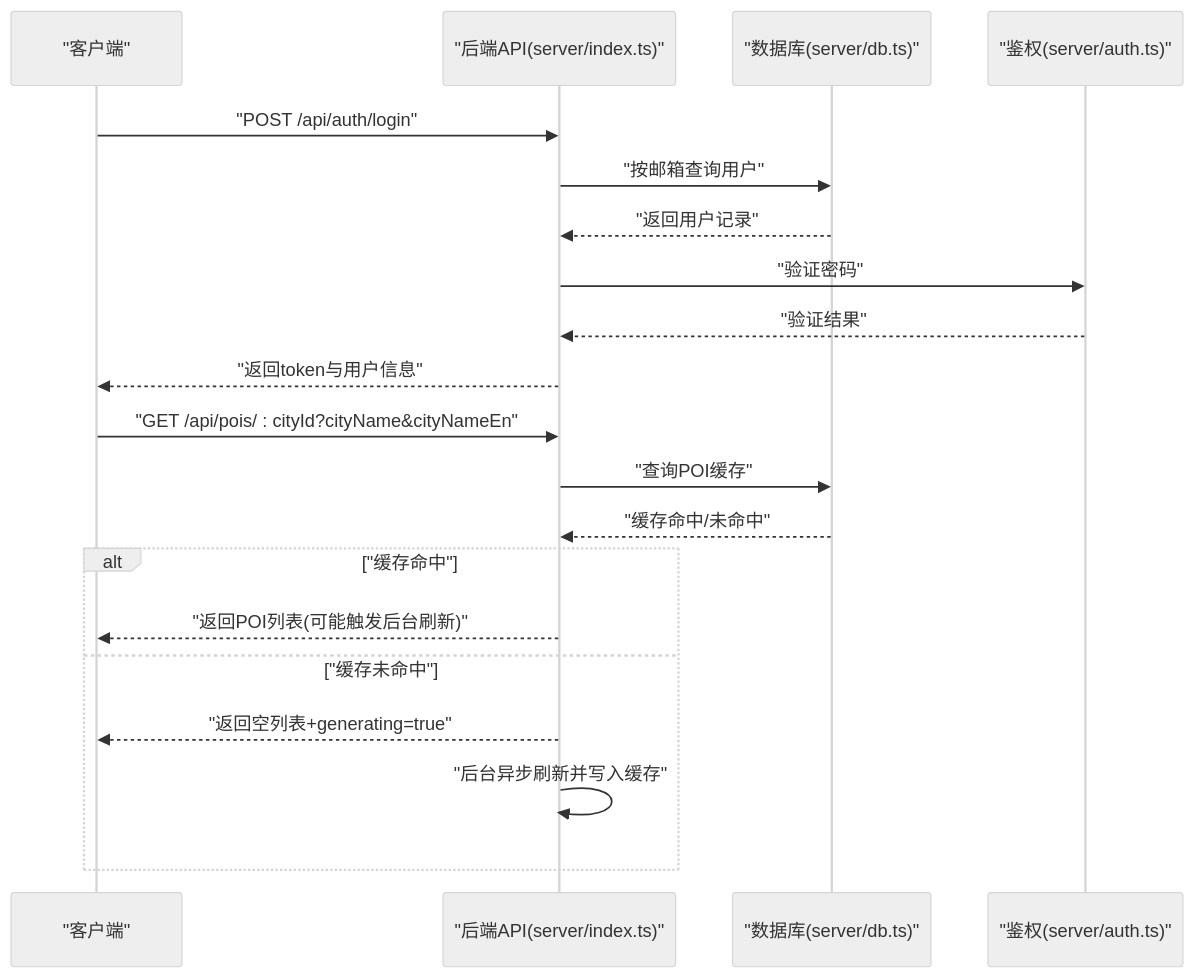
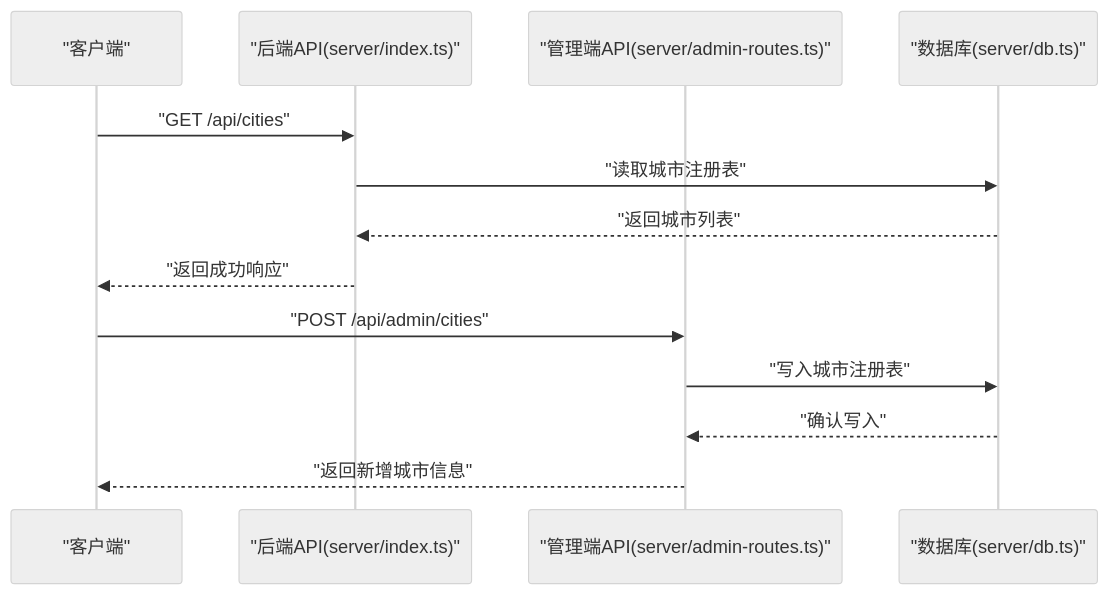
The second of 3 diagrams in .qoder/repowiki/zh/content/API参考文档/客户端API.md (ititjjy/AITrip-plan), drawn with Mermaid (neutral theme) before and after one commit. The commit also changed other lines of this file and 144 other files, not shown here.

First line of the commit message:
deploy: sync 37 cities POI data + latest code to server

````diff
--- a/.qoder/repowiki/zh/content/API参考文档/客户端API.md
+++ b/.qoder/repowiki/zh/content/API参考文档/客户端API.md
@@ -83,22 +100,15 @@
 ```mermaid
 sequenceDiagram
 participant C as "客户端"
 participant S as "后端API(server/index.ts)"
+participant A as "管理端API(server/admin-routes.ts)"
 participant D as "数据库(server/db.ts)"
-participant A as "鉴权(server/auth.ts)"
-C->>S : "POST /api/auth/login"
-S->>D : "按邮箱查询用户"
-D-->>S : "返回用户记录"
-S->>A : "验证密码"
-A-->>S : "验证结果"
-S-->>C : "返回token与用户信息"
-C->>S : "GET /api/pois/ : cityId?cityName&cityNameEn"
-S->>D : "查询POI缓存"
-D-->>S : "缓存命中/未命中"
-alt "缓存命中"
-S-->>C : "返回POI列表(可能触发后台刷新)"
-else "缓存未命中"
-S-->>C : "返回空列表+generating=true"
-S->>S : "后台异步刷新并写入缓存"
-end
+C->>S : "GET /api/cities"
+S->>D : "读取城市注册表"
+D-->>S : "返回城市列表"
+S-->>C : "返回成功响应"
+C->>A : "POST /api/admin/cities"
+A->>D : "写入城市注册表"
+D-->>A : "确认写入"
+A-->>C : "返回新增城市信息"
 ```
````
